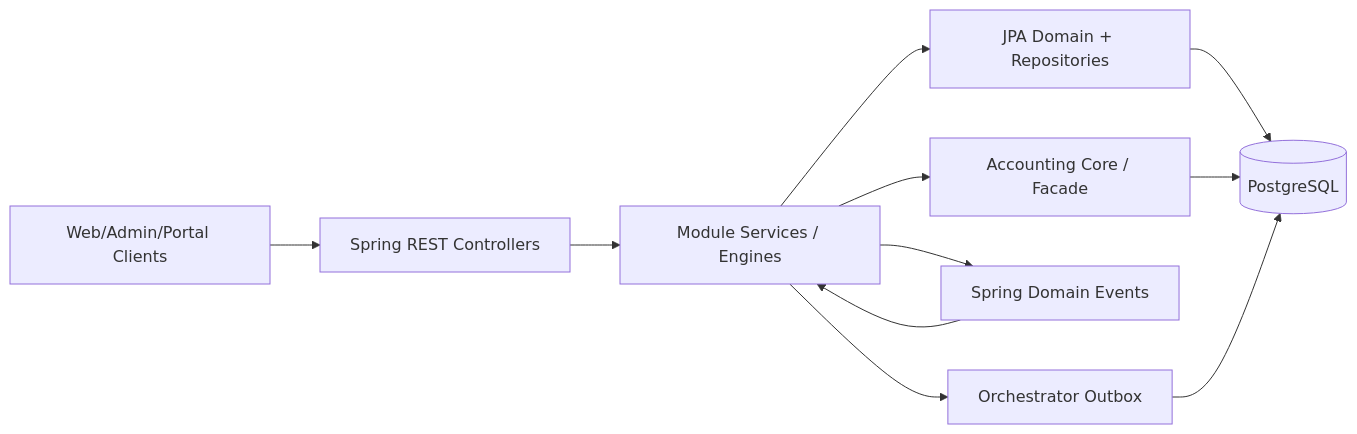
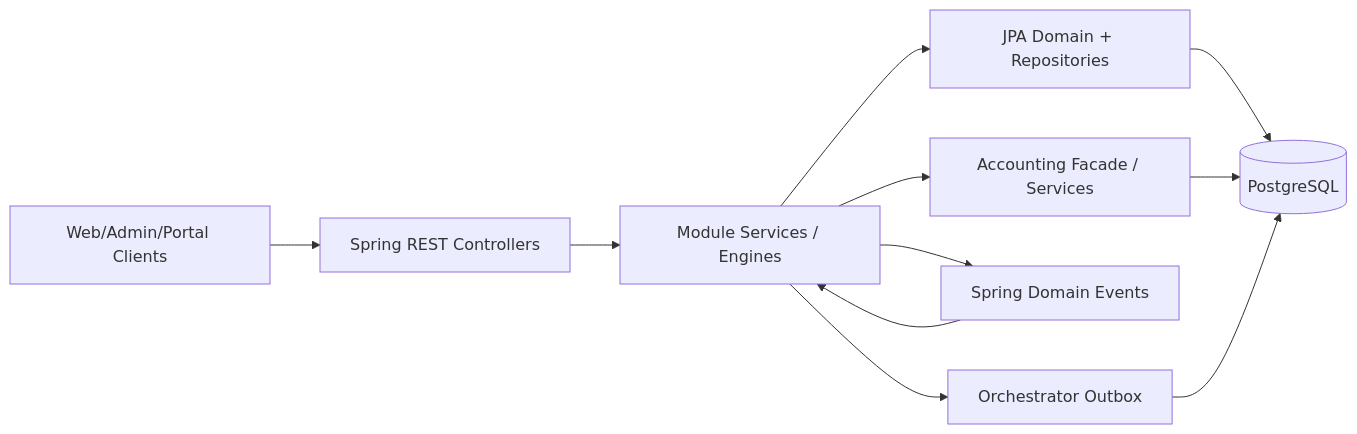
The first of 8 diagrams in docs/ARCHITECTURE.md (anasibnanwar-XYE/bigbrightpaints-erp), drawn with Mermaid before and after one commit. The commit also changed other lines of this file and 2 other files, not shown here.

First line of the commit message:
docs(accounting): point guidance at live facade seams

````diff
--- a/docs/ARCHITECTURE.md
+++ b/docs/ARCHITECTURE.md
@@ -11,16 +11,16 @@
 ```mermaid
 flowchart LR
     Clients[Web/Admin/Portal Clients]
     Controllers[Spring REST Controllers]
     Services[Module Services / Engines]
     Domain[JPA Domain + Repositories]
-    Accounting[Accounting Core / Facade]
+    Accounting[Accounting Facade / Services]
     Events[Spring Domain Events]
     Outbox[Orchestrator Outbox]
     DB[(PostgreSQL)]
 
     Clients --> Controllers --> Services --> Domain --> DB
     Services --> Accounting --> DB
     Services --> Events --> Services
     Services --> Outbox --> DB
 ```
````
